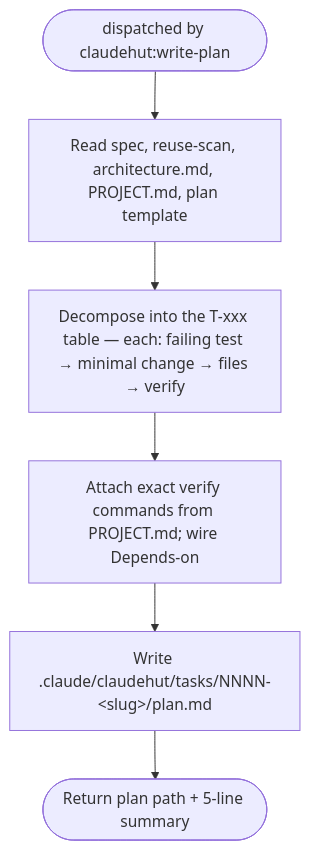
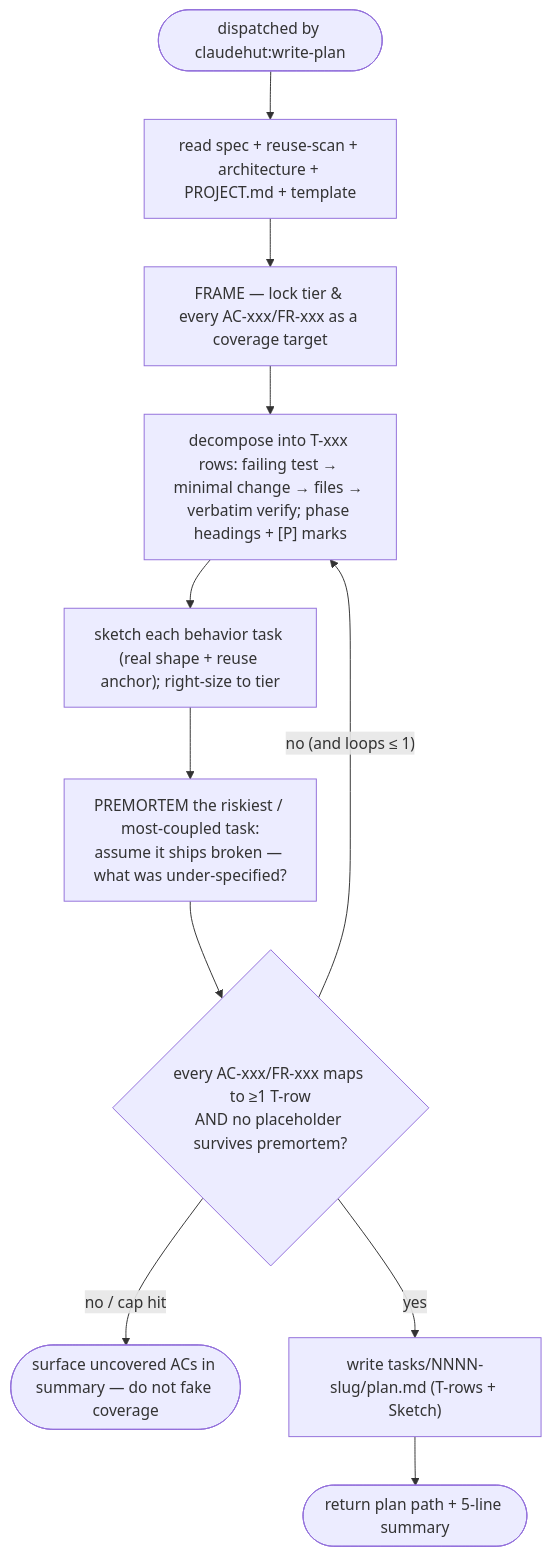
The diagram in agents/claudehut-planner.md (taipt1504/claudehut), drawn with Mermaid before and after one commit. The commit also changed other lines of this file and 22 other files, not shown here.

First line of the commit message:
feat(v0.8): skill+agent prompts — gates wired, ultra-flow diagrams, concision

````diff
--- a/agents/claudehut-planner.md
+++ b/agents/claudehut-planner.md
@@ -19,8 +19,13 @@
 ```mermaid
 flowchart TB
-    a([dispatched by claudehut:write-plan]) --> read["Read spec, reuse-scan, architecture.md, PROJECT.md, plan template"]
-    read --> steps["Decompose into the T-xxx table — each: failing test → minimal change → files → verify"]
-    steps --> verify["Attach exact verify commands from PROJECT.md; wire Depends-on"]
-    verify --> write["Write .claude/claudehut/tasks/NNNN-&lt;slug&gt;/plan.md"]
-    write --> out([Return plan path + 5-line summary])
+    a(["dispatched by claudehut:write-plan"]) --> read["read spec + reuse-scan + architecture + PROJECT.md + template"]
+    read --> lock["FRAME — lock tier & every AC-xxx/FR-xxx as a coverage target"]
+    lock --> decomp["decompose into T-xxx rows: failing test → minimal change → files → verbatim verify; phase headings + [P] marks"]
+    decomp --> sketch["sketch each behavior task (real shape + reuse anchor); right-size to tier"]
+    sketch --> pre["PREMORTEM the riskiest / most-coupled task:<br/>assume it ships broken — what was under-specified?"]
+    pre --> cov{"every AC-xxx/FR-xxx maps to ≥1 T-row<br/>AND no placeholder survives premortem?"}
+    cov -- "no (and loops ≤ 1)" --> decomp
+    cov -- "no / cap hit" --> esc(["surface uncovered ACs in summary — do not fake coverage"])
+    cov -- "yes" --> write["write tasks/NNNN-slug/plan.md (T-rows + Sketch)"]
+    write --> out(["return plan path + 5-line summary"])
 ```
````
